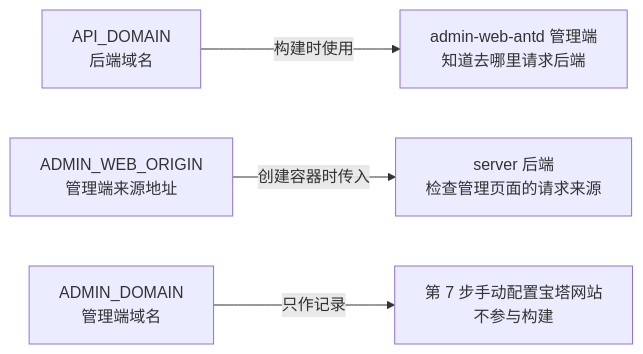
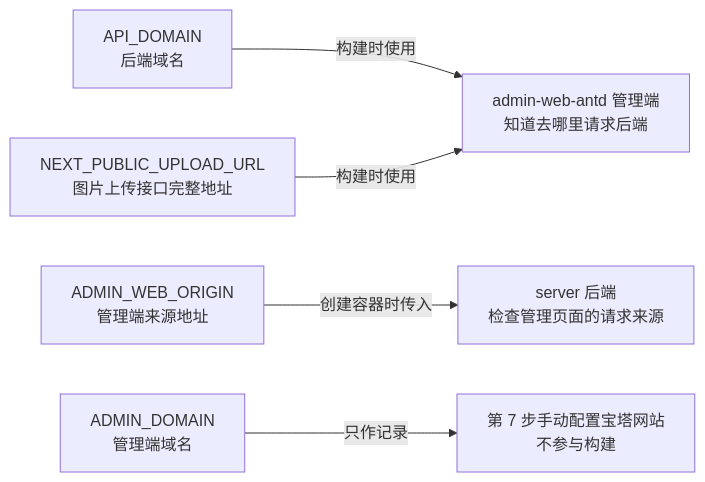
The sixth of 9 diagrams in backend/backend-system-learning/20A-用宝塔和Docker-Compose部署MiniCMS.md (jiajianhui/learning-notes), drawn with Mermaid before and after one commit. The commit also changed other lines of this file and 2 other files, not shown here.

Commit message:
docs: 补充图片上传地址的部署配置; 由AI提交🌟

````diff
--- a/backend/backend-system-learning/20A-用宝塔和Docker-Compose部署MiniCMS.md
+++ b/backend/backend-system-learning/20A-用宝塔和Docker-Compose部署MiniCMS.md
@@ -540,6 +549,7 @@
 ```mermaid
 flowchart LR
     A["API_DOMAIN<br/>后端域名"] -->|构建时使用| W["admin-web-antd 管理端<br/>知道去哪里请求后端"]
+    U["NEXT_PUBLIC_UPLOAD_URL<br/>图片上传接口完整地址"] -->|构建时使用| W
     O["ADMIN_WEB_ORIGIN<br/>管理端来源地址"] -->|创建容器时传入| S["server 后端<br/>检查管理页面的请求来源"]
     M["ADMIN_DOMAIN<br/>管理端域名"] -->|只作记录| N["第 7 步手动配置宝塔网站<br/>不参与构建"]
 ```
````
